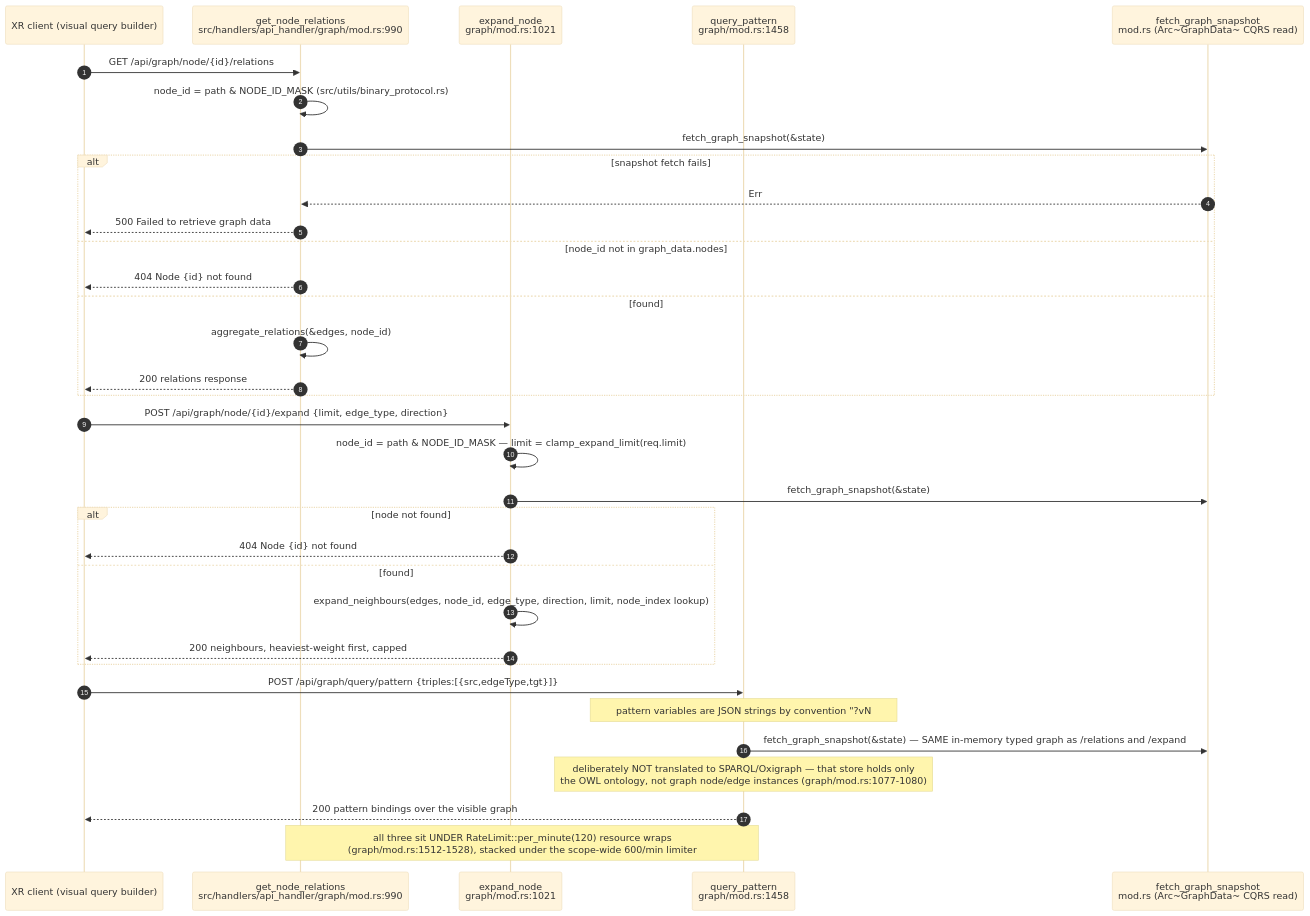
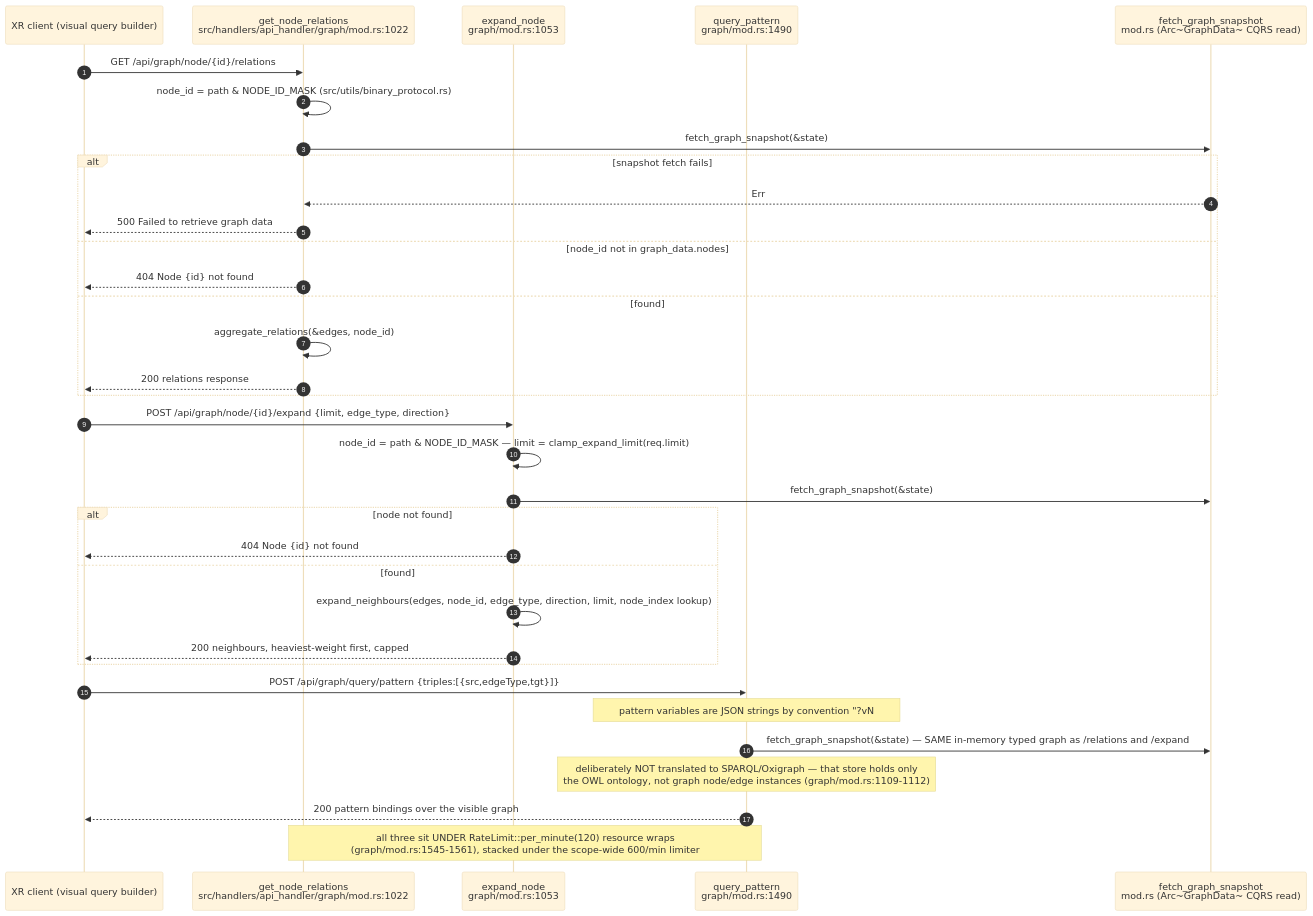
Before and after one commit to DreamLab-AI/VisionFlow: the second of 23 diagrams in docs/diagrams/visionclaw/04-handlers-graph-and-state.md, drawn with Mermaid (base theme). The commit also changed other lines of this file and 160 other files, not shown here.

````diff
--- a/docs/diagrams/visionclaw/04-handlers-graph-and-state.md
+++ b/docs/diagrams/visionclaw/04-handlers-graph-and-state.md
@@ -106,37 +107,37 @@
 ```mermaid
 sequenceDiagram
     autonumber
     participant C as XR client (visual query builder)
-    participant GR as get_node_relations<br/>src/handlers/api_handler/graph/mod.rs:990
-    participant EX as expand_node<br/>graph/mod.rs:1021
-    participant QP as query_pattern<br/>graph/mod.rs:1458
+    participant GR as get_node_relations<br/>src/handlers/api_handler/graph/mod.rs:1022
+    participant EX as expand_node<br/>graph/mod.rs:1053
+    participant QP as query_pattern<br/>graph/mod.rs:1490
     participant SNAP as fetch_graph_snapshot<br/>mod.rs (Arc~GraphData~ CQRS read)
 
     C->>GR: GET /api/graph/node/{id}/relations
     GR->>GR: node_id = path & NODE_ID_MASK (src/utils/binary_protocol.rs)
     GR->>SNAP: fetch_graph_snapshot(&state)
     alt snapshot fetch fails
         SNAP-->>GR: Err
         GR-->>C: 500 Failed to retrieve graph data
     else node_id not in graph_data.nodes
         GR-->>C: 404 Node {id} not found
     else found
         GR->>GR: aggregate_relations(&edges, node_id)
         GR-->>C: 200 relations response
     end
     C->>EX: POST /api/graph/node/{id}/expand {limit, edge_type, direction}
     EX->>EX: node_id = path & NODE_ID_MASK — limit = clamp_expand_limit(req.limit)
     EX->>SNAP: fetch_graph_snapshot(&state)
     alt node not found
         EX-->>C: 404 Node {id} not found
     else found
         EX->>EX: expand_neighbours(edges, node_id, edge_type, direction, limit, node_index lookup)
         EX-->>C: 200 neighbours, heaviest-weight first, capped
     end
     C->>QP: POST /api/graph/query/pattern {triples:[{src,edgeType,tgt}]}
-    Note over QP: pattern variables are JSON strings by convention #quot;?vN#quot —<br/>concrete ids are JSON numbers, masked with NODE_ID_MASK (graph/mod.rs:1082-1088)
+    Note over QP: pattern variables are JSON strings by convention #quot;?vN#quot —<br/>concrete ids are JSON numbers, masked with NODE_ID_MASK (graph/mod.rs:1114-1120)
     QP->>SNAP: fetch_graph_snapshot(&state) — SAME in-memory typed graph as /relations and /expand
-    Note over QP: deliberately NOT translated to SPARQL/Oxigraph — that store holds only<br/>the OWL ontology, not graph node/edge instances (graph/mod.rs:1077-1080)
+    Note over QP: deliberately NOT translated to SPARQL/Oxigraph — that store holds only<br/>the OWL ontology, not graph node/edge instances (graph/mod.rs:1109-1112)
     QP-->>C: 200 pattern bindings over the visible graph
-    Note over GR,QP: all three sit UNDER RateLimit::per_minute(120) resource wraps<br/>(graph/mod.rs:1512-1528), stacked under the scope-wide 600/min limiter
+    Note over GR,QP: all three sit UNDER RateLimit::per_minute(120) resource wraps<br/>(graph/mod.rs:1545-1561), stacked under the scope-wide 600/min limiter
 ```
````
